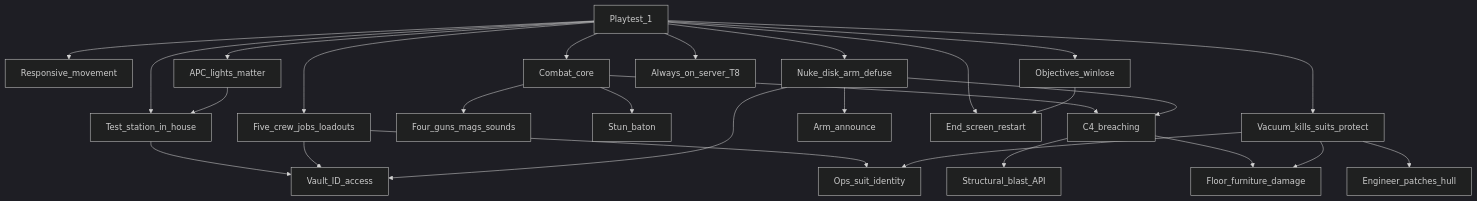
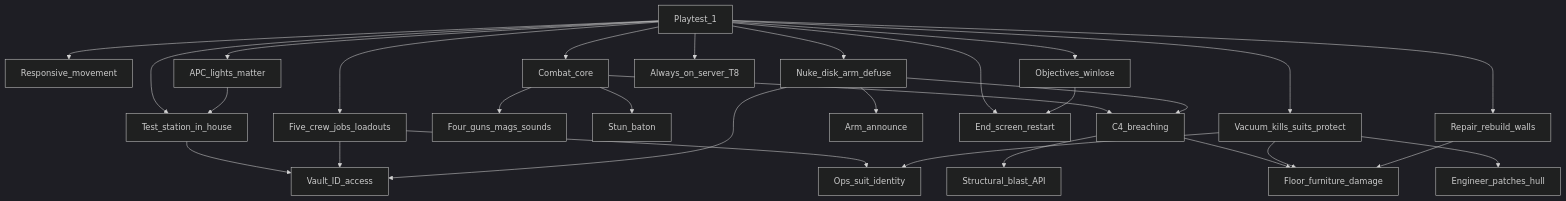
Before and after one commit to RE-SS3D/SS3D: the diagram in Documents/milestones/mvp1-nuke-ops.md, drawn with Mermaid (dark theme). The commit also changed other lines of this file and 3 other files, not shown here.

First line of the commit message:
Revise construction design for MVP1: repair, rebuild, barricade

````diff
--- a/Documents/milestones/mvp1-nuke-ops.md
+++ b/Documents/milestones/mvp1-nuke-ops.md
@@ -38,50 +38,53 @@
 ```mermaid
 flowchart TB
   mvp1[Playtest_1]
   map[Test_station_in_house]
   roles[Five_crew_jobs_loadouts]
   access[Vault_ID_access]
   identity[Ops_suit_identity]
   move[Responsive_movement]
   combatcore[Combat_core]
   arsenal[Four_guns_mags_sounds]
   baton[Stun_baton]
   c4[C4_breaching]
   struct[Structural_blast_API]
   floors[Floor_furniture_damage]
   nuke[Nuke_disk_arm_defuse]
   announce[Arm_announce]
   mode[Objectives_winlose]
   roundend[End_screen_restart]
   vacuum[Vacuum_kills_suits_protect]
   patch[Engineer_patches_hull]
+  build[Repair_rebuild_walls]
   power[APC_lights_matter]
   server[Always_on_server_T8]
 
   mvp1 --> map
   mvp1 --> roles
   mvp1 --> move
   mvp1 --> combatcore
   mvp1 --> nuke
   mvp1 --> mode
   mvp1 --> roundend
   mvp1 --> vacuum
   mvp1 --> power
   mvp1 --> server
   map --> access
   roles --> access
   roles --> identity
   combatcore --> arsenal
   combatcore --> baton
   combatcore --> c4
   c4 --> struct
   c4 --> floors
   nuke --> access
   nuke --> announce
   nuke --> c4
   mode --> roundend
   vacuum --> floors
   vacuum --> patch
+  mvp1 --> build
+  build --> floors
   vacuum --> identity
   power --> map
 ```
````
